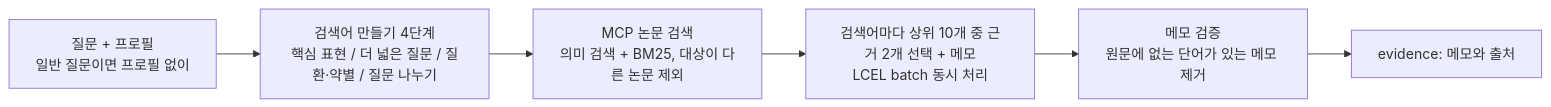
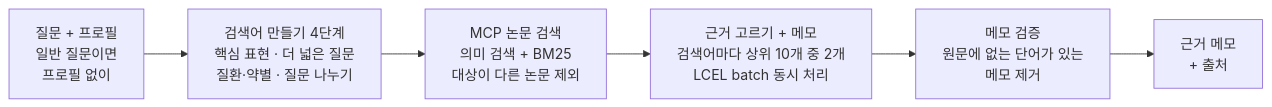
Before and after one commit to sihunwang-skala/health-coach-multi-agent: the second of 3 diagrams in docs/REPORT.md, drawn with Mermaid. The commit also changed other lines of this file and 25 other files, not shown here.

````diff
--- a/docs/REPORT.md
+++ b/docs/REPORT.md
@@ -88,8 +88,8 @@
 ```mermaid
 flowchart LR
-  Q[질문 + 프로필<br/>일반 질문이면 프로필 없이] --> MQ[검색어 만들기 4단계<br/>핵심 표현 / 더 넓은 질문 / 질환·약별 / 질문 나누기]
-  MQ --> RV[MCP 논문 검색<br/>의미 검색 + BM25, 대상이 다른 논문 제외]
-  RV --> PK[검색어마다 상위 10개 중 근거 2개 선택 + 메모<br/>LCEL batch 동시 처리]
-  PK --> VN[메모 검증<br/>원문에 없는 단어가 있는 메모 제거]
-  VN --> EV[evidence: 메모와 출처]
+  Q[질문 + 프로필<br/>일반 질문이면<br/>프로필 없이] --> MQ[검색어 만들기 4단계<br/>핵심 표현 · 더 넓은 질문<br/>질환·약별 · 질문 나누기]
+  MQ --> RV[MCP 논문 검색<br/>의미 검색 + BM25<br/>대상이 다른 논문 제외]
+  RV --> PK[근거 고르기 + 메모<br/>검색어마다 상위 10개 중 2개<br/>LCEL batch 동시 처리]
+  PK --> VN[메모 검증<br/>원문에 없는 단어가 있는<br/>메모 제거]
+  VN --> EV[근거 메모<br/>+ 출처]
 ```
````
